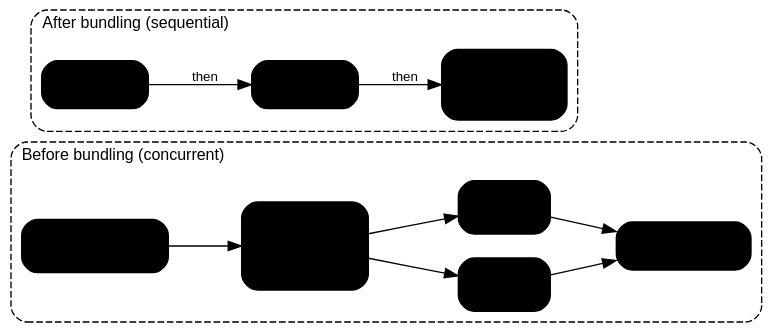
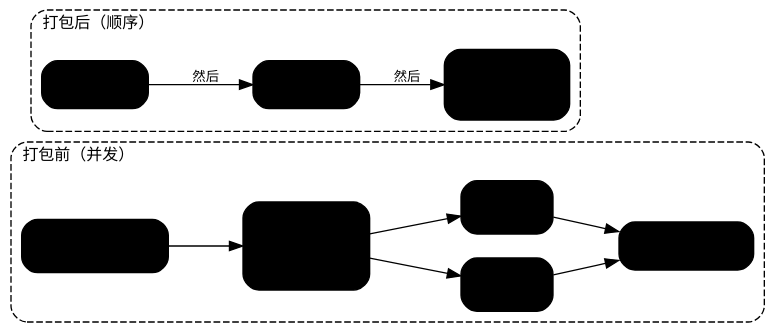
The diagram in in-depth/tla-in-rolldown.md (dogledogle/rolldown-docs-cn), drawn with Graphviz before and after one commit. The commit also changed other lines of this file and 60 other files, not shown here.

````diff
--- a/in-depth/tla-in-rolldown.md
+++ b/in-depth/tla-in-rolldown.md
@@ -21,48 +21,48 @@
 ```dot
 digraph {
     bgcolor="transparent";
     rankdir=LR;
     node [shape=box, style="filled,rounded", fontname="Arial", fontsize=12, margin="0.2,0.1", color="${#3c3c43|#dfdfd6}", fontcolor="${#3c3c43|#dfdfd6}"];
     edge [fontname="Arial", fontsize=10, color="${#3c3c43|#dfdfd6}", fontcolor="${#3c3c43|#dfdfd6}"];
     compound=true;
 
     subgraph cluster_before {
-        label="Before bundling (concurrent)";
+        label="打包前（并发）";
         labeljust="l";
         fontname="Arial";
         fontsize=12;
         fontcolor="${#3c3c43|#dfdfd6}";
         style="dashed,rounded";
         color="${#22863a|#3fb950}";
 
         b_main [label="main.js\nimport tla1, tla2", fillcolor="${#fff0e0|#4a2a0a}"];
         b_all [label="Promise.all([\n  tla1,\n  tla2\n])", fillcolor="${#dcfce7|#14532d}"];
         b_tla1 [label="tla1.js\nawait ...", fillcolor="${#dbeafe|#1e3a5f}"];
         b_tla2 [label="tla2.js\nawait ...", fillcolor="${#dbeafe|#1e3a5f}"];
-        b_done [label="both resolved", fillcolor="${#dcfce7|#14532d}"];
+        b_done [label="二者均已完成", fillcolor="${#dcfce7|#14532d}"];
 
         b_main -> b_all;
         b_all -> b_tla1;
         b_all -> b_tla2;
         b_tla1 -> b_done;
         b_tla2 -> b_done;
     }
 
     subgraph cluster_after {
-        label="After bundling (sequential)";
+        label="打包后（顺序）";
         labeljust="l";
         fontname="Arial";
         fontsize=12;
         fontcolor="${#3c3c43|#dfdfd6}";
         style="dashed,rounded";
         color="${#d44803|#ff712a}";
 
         a_tla1 [label="await tla1", fillcolor="${#dbeafe|#1e3a5f}"];
         a_tla2 [label="await tla2", fillcolor="${#dbeafe|#1e3a5f}"];
         a_main [label="console.log(\n  foo1, foo2\n)", fillcolor="${#fff0e0|#4a2a0a}"];
 
-        a_tla1 -> a_tla2 [label="then"];
-        a_tla2 -> a_main [label="then"];
+        a_tla1 -> a_tla2 [label="然后"];
+        a_tla2 -> a_main [label="然后"];
     }
 }
 ```
````
